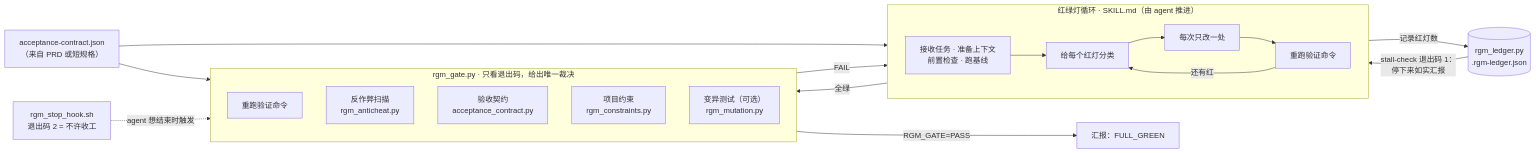
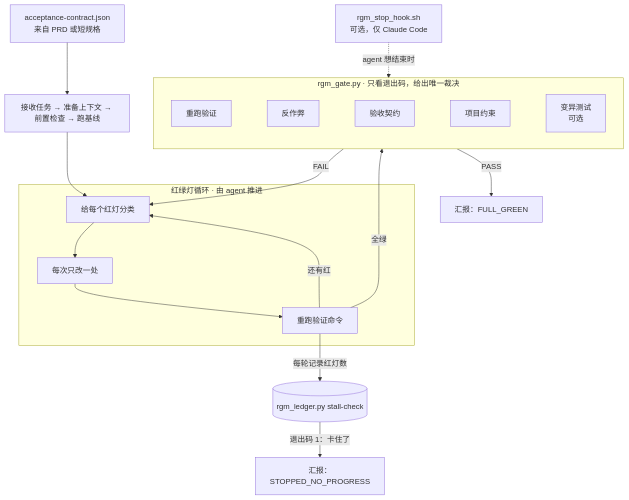
The diagram in README.zh.md (hidevinliu/red-green-mode), drawn with Mermaid before and after one commit. The commit also changed other lines of this file and 1 other file, not shown here.

Commit message:
docs: simpler top-down architecture diagram

````diff
--- a/README.zh.md
+++ b/README.zh.md
@@ -9,32 +9,23 @@
 ```mermaid
-flowchart LR
-    SPEC["acceptance-contract.json<br/>（来自 PRD 或短规格）"]
+flowchart TD
+    SPEC["acceptance-contract.json<br/>来自 PRD 或短规格"] --> START["接收任务 → 准备上下文 → 前置检查 → 跑基线"]
+    START --> T
 
-    subgraph LOOP["红绿灯循环 · SKILL.md（由 agent 推进）"]
-        direction LR
-        A["接收任务 · 准备上下文<br/>前置检查 · 跑基线"] --> T["给每个红灯分类"]
-        T --> F["每次只改一处"]
+    subgraph LOOP["红绿灯循环 · 由 agent 推进"]
+        T["给每个红灯分类"] --> F["每次只改一处"]
         F --> V["重跑验证命令"]
         V -- "还有红" --> T
     end
 
-    LEDGER[("rgm_ledger.py<br/>.rgm-ledger.json")]
-    V -- "记录红灯数" --> LEDGER
-    LEDGER -- "stall-check 退出码 1：<br/>停下来如实汇报" --> T
+    V -- "每轮记录红灯数" --> L[("rgm_ledger.py stall-check")]
+    L -- "退出码 1：卡住了" --> STOP["汇报：STOPPED_NO_PROGRESS"]
 
+    V -- "全绿" --> GATE
     subgraph GATE["rgm_gate.py · 只看退出码，给出唯一裁决"]
-        direction TB
-        G1["重跑验证命令"]
-        G2["反作弊扫描<br/>rgm_anticheat.py"]
-        G3["验收契约<br/>acceptance_contract.py"]
-        G4["项目约束<br/>rgm_constraints.py"]
-        G5["变异测试（可选）<br/>rgm_mutation.py"]
+        direction LR
+        G1["重跑验证"] ~~~ G2["反作弊"] ~~~ G3["验收契约"] ~~~ G4["项目约束"] ~~~ G5["变异测试<br/>可选"]
     end
-
-    SPEC --> A
-    SPEC --> G3
-    V -- "全绿" --> GATE
-    GATE -- "RGM_GATE=PASS" --> DONE["汇报：FULL_GREEN"]
+    GATE -- "PASS" --> DONE["汇报：FULL_GREEN"]
     GATE -- "FAIL" --> T
-    HOOK["rgm_stop_hook.sh<br/>退出码 2 = 不许收工"] -. "agent 想结束时触发" .-> GATE
+    HOOK["rgm_stop_hook.sh<br/>可选，仅 Claude Code"] -. "agent 想结束时" .-> GATE
 ```
````
